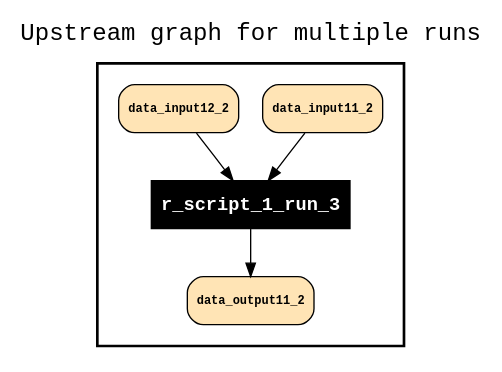
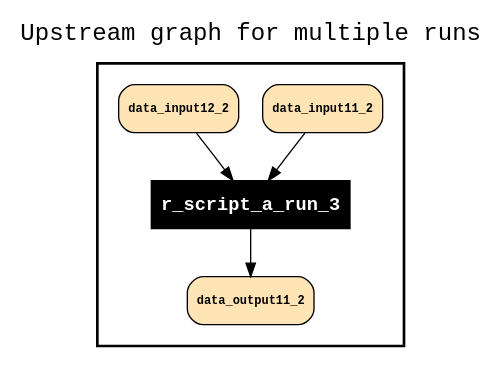
The diagram in results/wf_upstream_of_test_data_2.gv (sycao5/runManager-multipleRuns), drawn with Graphviz before and after one commit. The commit also changed 9 other files, not shown here.

```diff
--- a/results/wf_upstream_of_test_data_2.gv
+++ b/results/wf_upstream_of_test_data_2.gv
@@ -1,18 +1,18 @@
 
 digraph yw_data_view {
 rankdir=TB
 fontname=Courier; fontsize=18; labelloc=t
 label="Upstream graph for multiple runs"
 subgraph cluster_workflow { label=""; color=black; penwidth=2
 subgraph cluster_workflow_inner { label=""; color=white
 node[shape=box style=filled fillcolor="black" peripheries=1 fontname="Courier-Bold" fontcolor=white]
-r_script_1_run_3
+r_script_a_run_3
 node[shape=box style="rounded,filled" fillcolor="#FFE4B5" peripheries=1 fontname="Courier-Bold" fontsize=9 fontcolor=black]
 data_input11_2
 data_input12_2
 data_output11_2
 }}
-data_input12_2 -> r_script_1_run_3
-data_input11_2 -> r_script_1_run_3
-r_script_1_run_3 -> data_output11_2
+data_input12_2 -> r_script_a_run_3
+data_input11_2 -> r_script_a_run_3
+r_script_a_run_3 -> data_output11_2
 }
```
